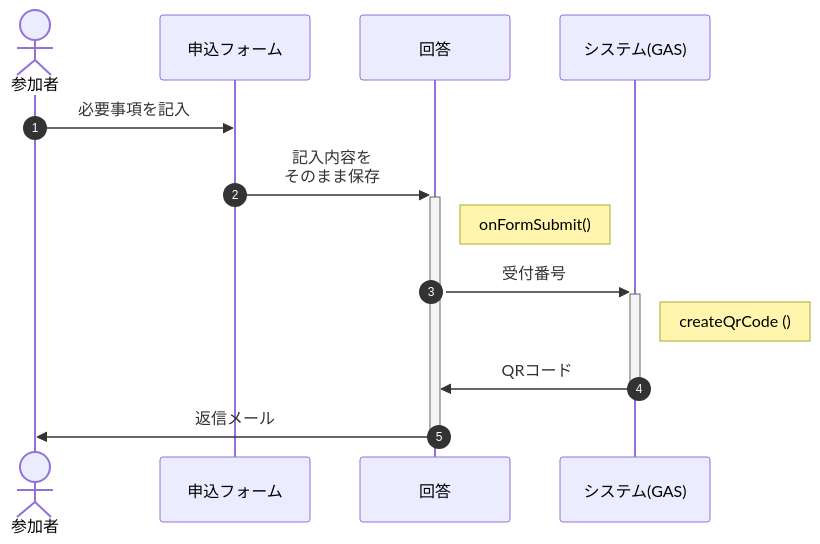
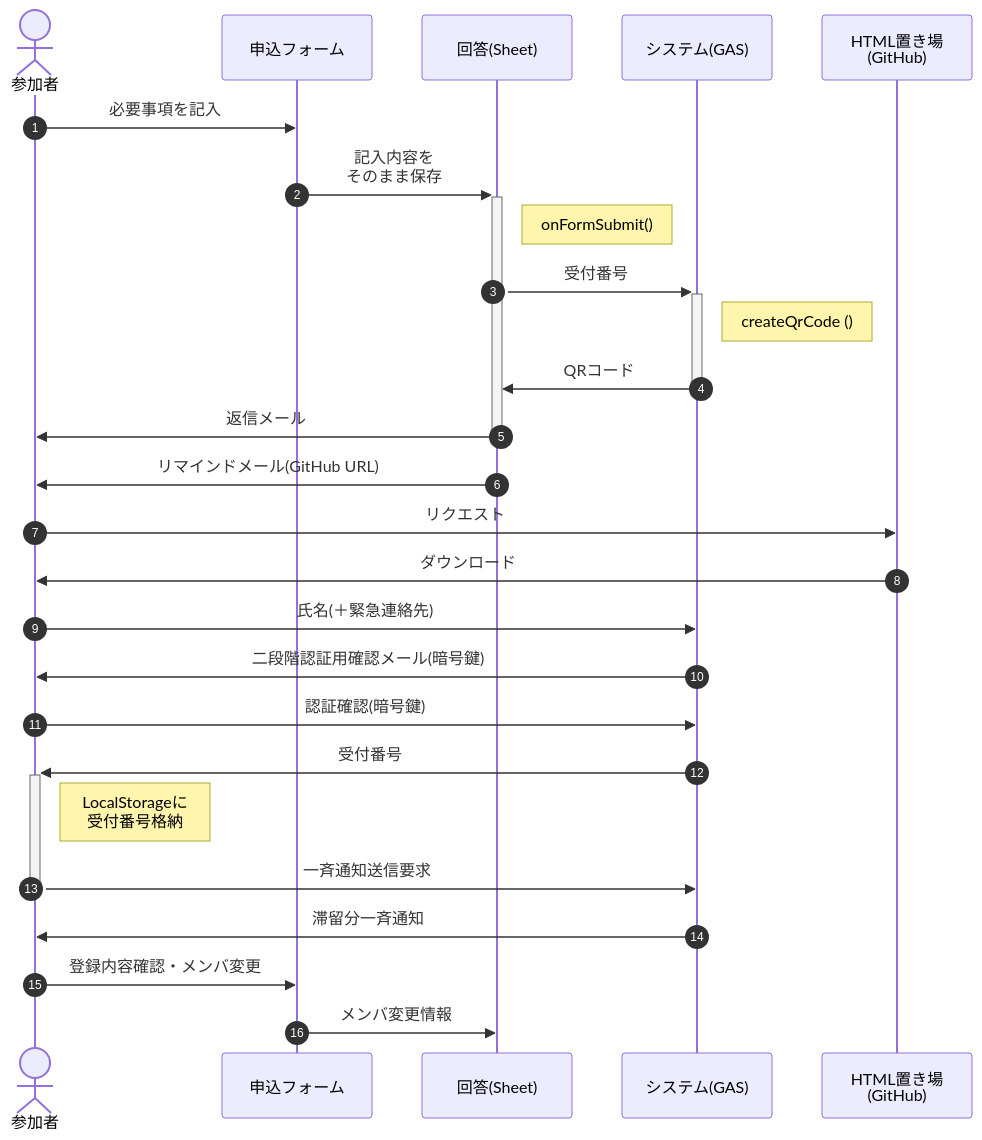
One commit to nakaone/EventStaff changed the second of 5 diagrams in README.md. Above: the diagram before and after it, drawn with Mermaid.

````diff
--- a/README.md
+++ b/README.md
@@ -98,18 +98,30 @@
 ```mermaid
 
 sequenceDiagram
   autonumber
   actor guest as 参加者
   participant form as 申込フォーム
-  participant answer as 回答
+  participant answer as 回答(Sheet)
   participant gas as システム(GAS)
+  participant git as HTML置き場<br>(GitHub)
 
   guest->>form    : 必要事項を記入
   form->>+answer   : 記入内容を<br>そのまま保存
   Note right of answer: onFormSubmit()
   answer->>+gas    : 受付番号
   Note right of gas: createQrCode ()
   gas->>-answer    : QRコード
   answer->>-guest  : 返信メール
-
+  answer->>guest   : リマインドメール(GitHub URL)
+  guest->>git      : リクエスト
+  git->>guest      : ダウンロード
+  guest->>gas      : 氏名(＋緊急連絡先)
+  gas->>guest     : 二段階認証用確認メール(暗号鍵)
+  guest->>gas      : 認証確認(暗号鍵)
+  gas->>+guest      : 受付番号
+  Note right of guest: LocalStorageに<br>受付番号格納
+  guest->>-gas     : 一斉通知送信要求
+  gas->>guest      : 滞留分一斉通知
+  guest->>form     : 登録内容確認・メンバ変更
+  form->>answer    : メンバ変更情報
 ```
````
